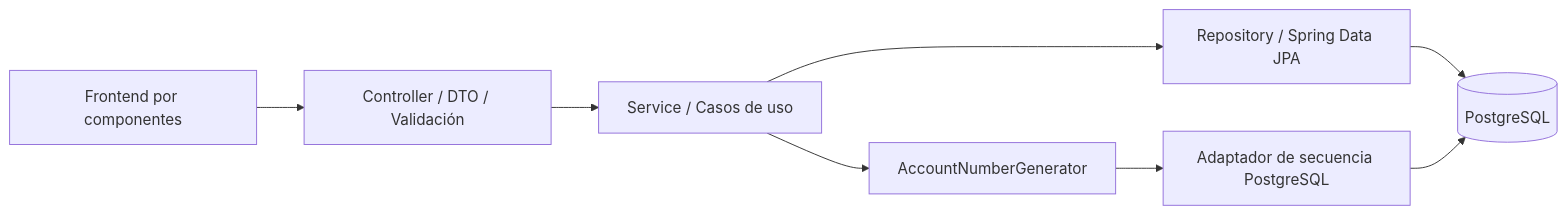
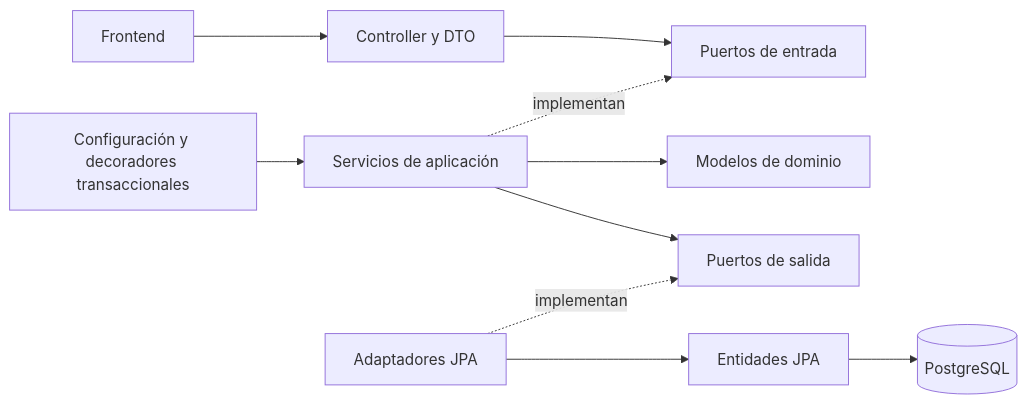
The diagram in docs/ARQUITECTURA.md (NicolasYt2121/prueba-tecnica), drawn with Mermaid before and after one commit. The commit also changed other lines of this file and 55 other files, not shown here.

````diff
--- a/docs/ARQUITECTURA.md
+++ b/docs/ARQUITECTURA.md
@@ -7,10 +7,12 @@
 ```mermaid
 flowchart LR
-  UI[Frontend por componentes] --> REST[Controller / DTO / Validación]
-  REST --> S[Service / Casos de uso]
-  S --> R[Repository / Spring Data JPA]
-  R --> DB[(PostgreSQL)]
-  S --> N[AccountNumberGenerator]
-  N --> P[Adaptador de secuencia PostgreSQL]
-  P --> DB
+  UI[Frontend] --> REST[Controller y DTO]
+  REST --> IN[Puertos de entrada]
+  S[Servicios de aplicación] -. implementan .-> IN
+  S --> D[Modelos de dominio]
+  S --> OUT[Puertos de salida]
+  JPA[Adaptadores JPA] -. implementan .-> OUT
+  JPA --> E[Entidades JPA]
+  E --> DB[(PostgreSQL)]
+  CFG[Configuración y decoradores transaccionales] --> S
 ```
````
